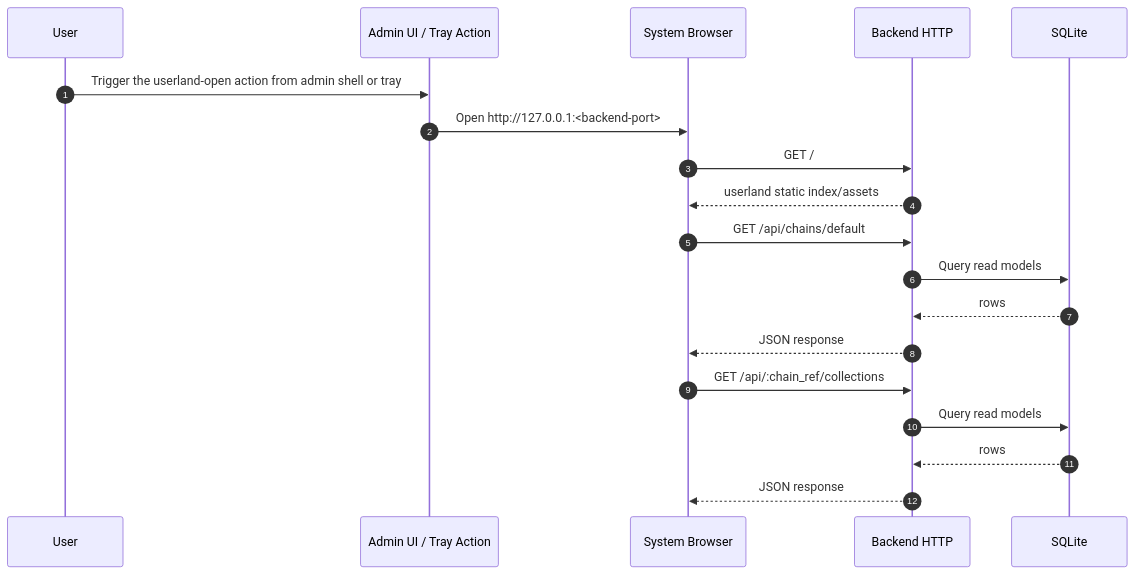
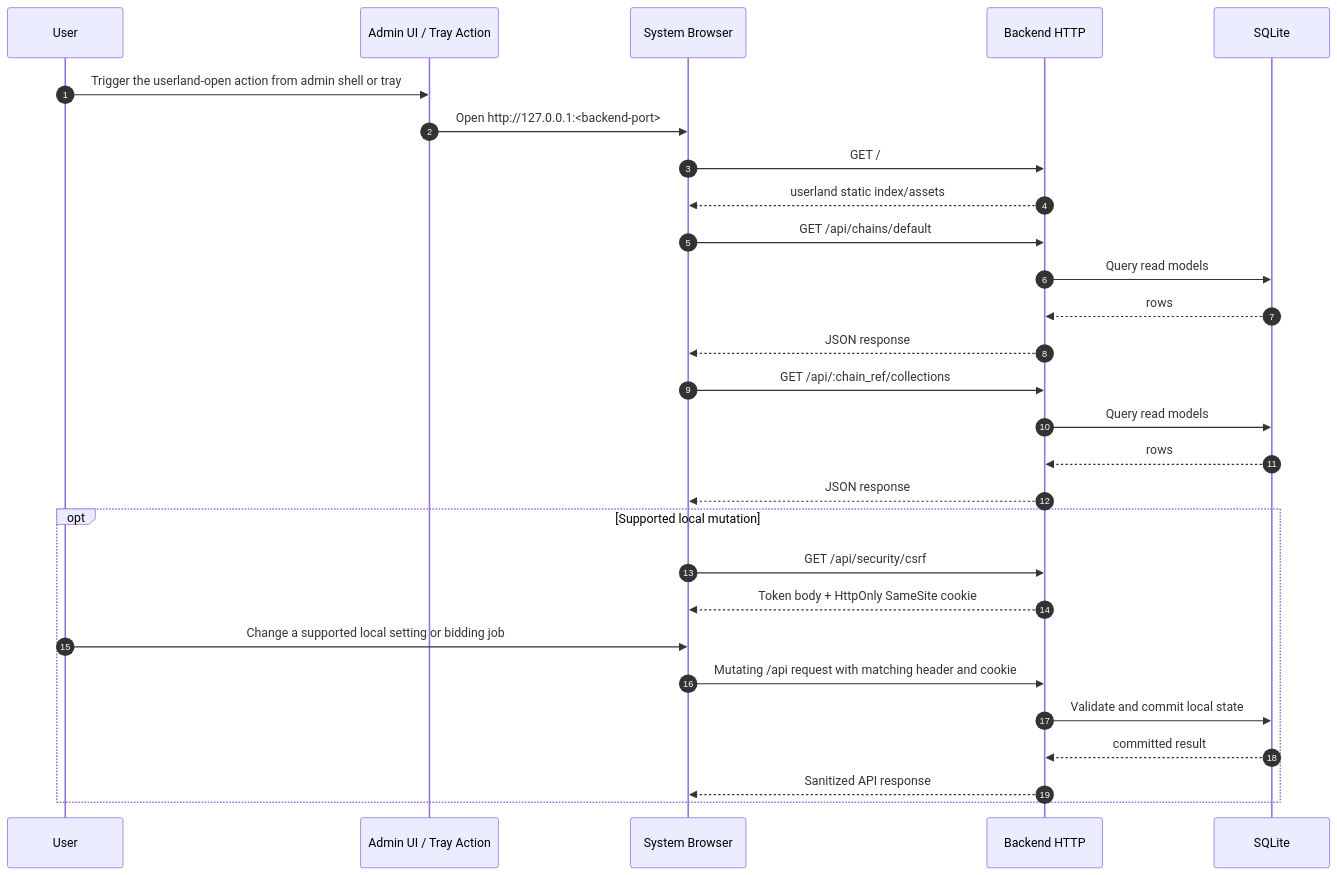
Before and after one commit to d347h-eth/artgod: the diagram in docs/diagrams/04-desktop-userland-request-path.md, drawn with Mermaid. The commit also changed other lines of this file and 17 other files, not shown here.

````diff
--- a/docs/diagrams/04-desktop-userland-request-path.md
+++ b/docs/diagrams/04-desktop-userland-request-path.md
@@ -5,25 +6,35 @@
 ```mermaid
 sequenceDiagram
     autonumber
     participant U as User
     participant A as Admin UI / Tray Action
     participant BR as System Browser
     participant BE as Backend HTTP
     participant DB as SQLite
 
     U->>A: Trigger the userland-open action from admin shell or tray
     A->>BR: Open http://127.0.0.1:<backend-port>
 
     BR->>BE: GET /
     BE-->>BR: userland static index/assets
 
     BR->>BE: GET /api/chains/default
     BE->>DB: Query read models
     DB-->>BE: rows
     BE-->>BR: JSON response
 
     BR->>BE: GET /api/:chain_ref/collections
     BE->>DB: Query read models
     DB-->>BE: rows
     BE-->>BR: JSON response
+
+    opt Supported local mutation
+        BR->>BE: GET /api/security/csrf
+        BE-->>BR: Token body + HttpOnly SameSite cookie
+        U->>BR: Change a supported local setting or bidding job
+        BR->>BE: Mutating /api request with matching header and cookie
+        BE->>DB: Validate and commit local state
+        DB-->>BE: committed result
+        BE-->>BR: Sanitized API response
+    end
 ```
````
